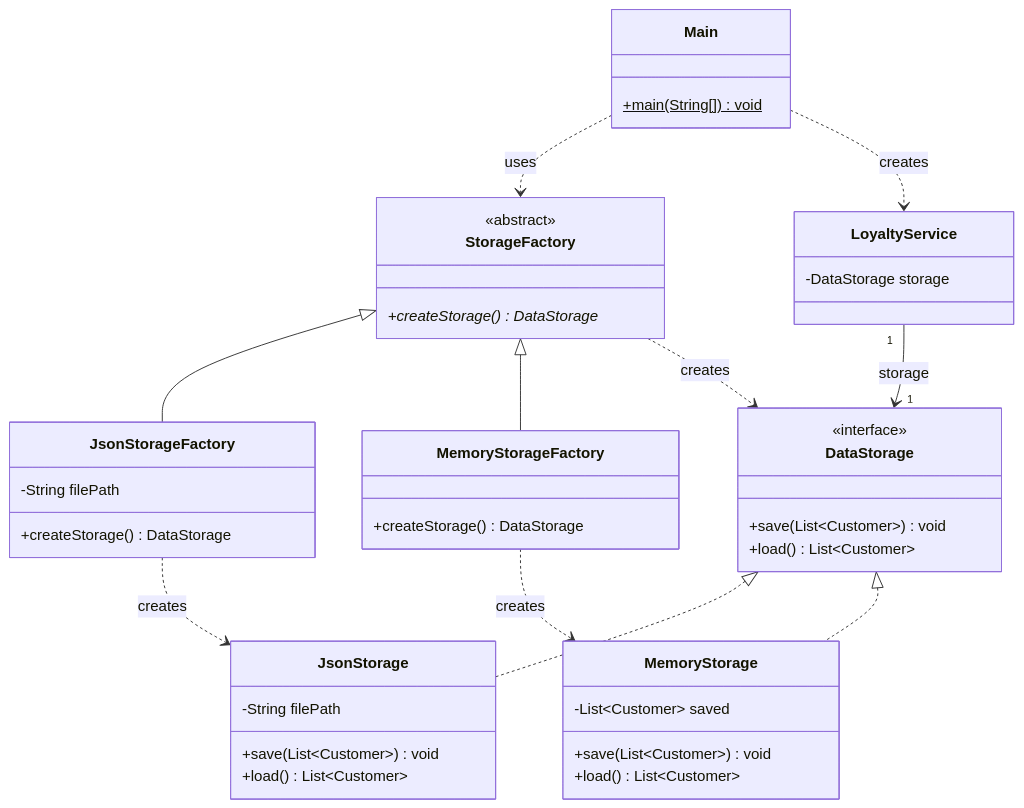
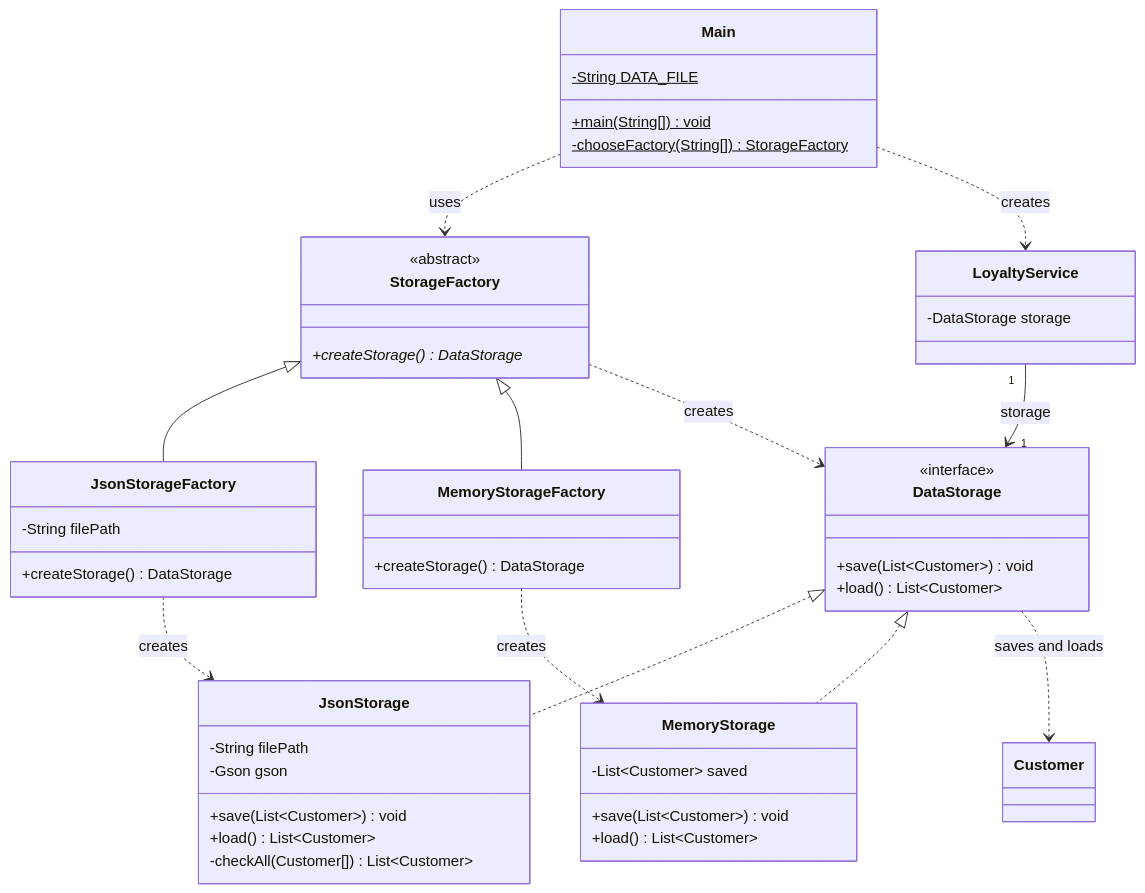
One commit to amrohus-maker/Final-Prog2-AmroHussein-LoyatyProgram changed the second of 3 diagrams in docs/uml-class-diagram.md. Above: the diagram before and after it, drawn with Mermaid. The commit also changed other lines of this file and 2 other files, not shown here.

Commit message:
Document the Factory Method pattern, the JSON file and the UML (#5)

````diff
--- a/docs/uml-class-diagram.md
+++ b/docs/uml-class-diagram.md
@@ -112,53 +116,58 @@
 ```mermaid
 classDiagram
     class DataStorage {
         <<interface>>
         +save(List~Customer~) void
         +load() List~Customer~
     }
 
     class JsonStorage {
         -String filePath
+        -Gson gson
         +save(List~Customer~) void
         +load() List~Customer~
+        -checkAll(Customer[]) List~Customer~
     }
 
     class MemoryStorage {
         -List~Customer~ saved
         +save(List~Customer~) void
         +load() List~Customer~
     }
 
     class StorageFactory {
         <<abstract>>
         +createStorage()* DataStorage
     }
 
     class JsonStorageFactory {
         -String filePath
         +createStorage() DataStorage
     }
 
     class MemoryStorageFactory {
         +createStorage() DataStorage
     }
 
     class LoyaltyService {
         -DataStorage storage
     }
 
     class Main {
+        -String DATA_FILE$
         +main(String[])$ void
+        -chooseFactory(String[])$ StorageFactory
     }
 
     DataStorage <|.. JsonStorage
     DataStorage <|.. MemoryStorage
     StorageFactory <|-- JsonStorageFactory
     StorageFactory <|-- MemoryStorageFactory
     StorageFactory ..> DataStorage : creates
     JsonStorageFactory ..> JsonStorage : creates
     MemoryStorageFactory ..> MemoryStorage : creates
     LoyaltyService "1" --> "1" DataStorage : storage
     Main ..> StorageFactory : uses
     Main ..> LoyaltyService : creates
+    DataStorage ..> Customer : saves and loads
 ```
````
